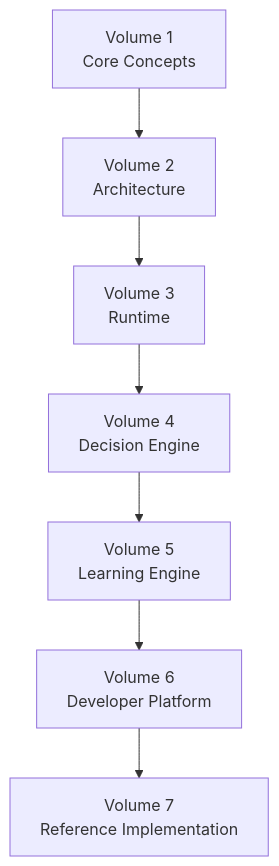
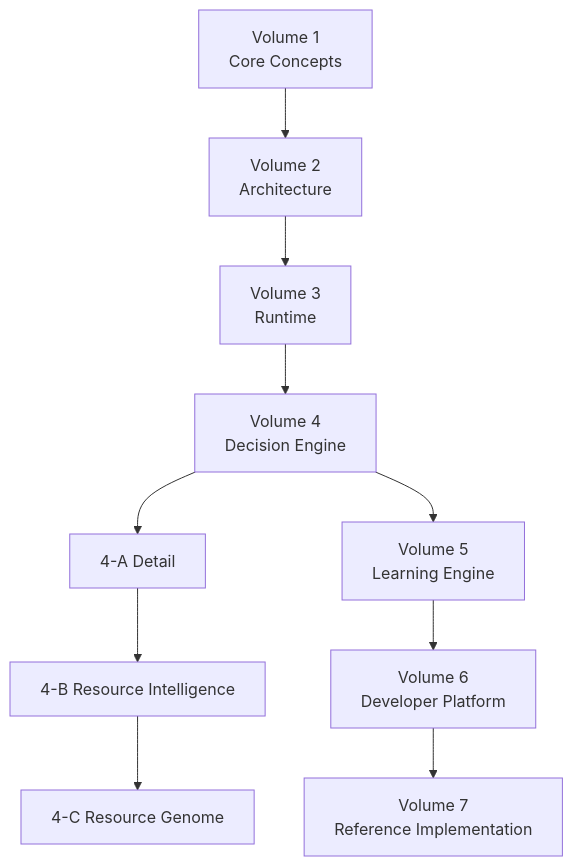
One commit to gyhan0223/intent-os-spec changed the diagram in README.md. Above: the diagram before and after it, drawn with Mermaid. The commit also changed other lines of this file and 1 other file, not shown here.

````diff
--- a/README.md
+++ b/README.md
@@ -66,9 +69,12 @@
 ```mermaid
 graph TD
     V1[Volume 1<br/>Core Concepts] --> V2[Volume 2<br/>Architecture]
     V2 --> V3[Volume 3<br/>Runtime]
     V3 --> V4[Volume 4<br/>Decision Engine]
+    V4 --> V4A[4-A Detail]
+    V4A --> V4B[4-B Resource Intelligence]
+    V4B --> V4C[4-C Resource Genome]
     V4 --> V5[Volume 5<br/>Learning Engine]
     V5 --> V6[Volume 6<br/>Developer Platform]
     V6 --> V7[Volume 7<br/>Reference Implementation]
 ```
````
